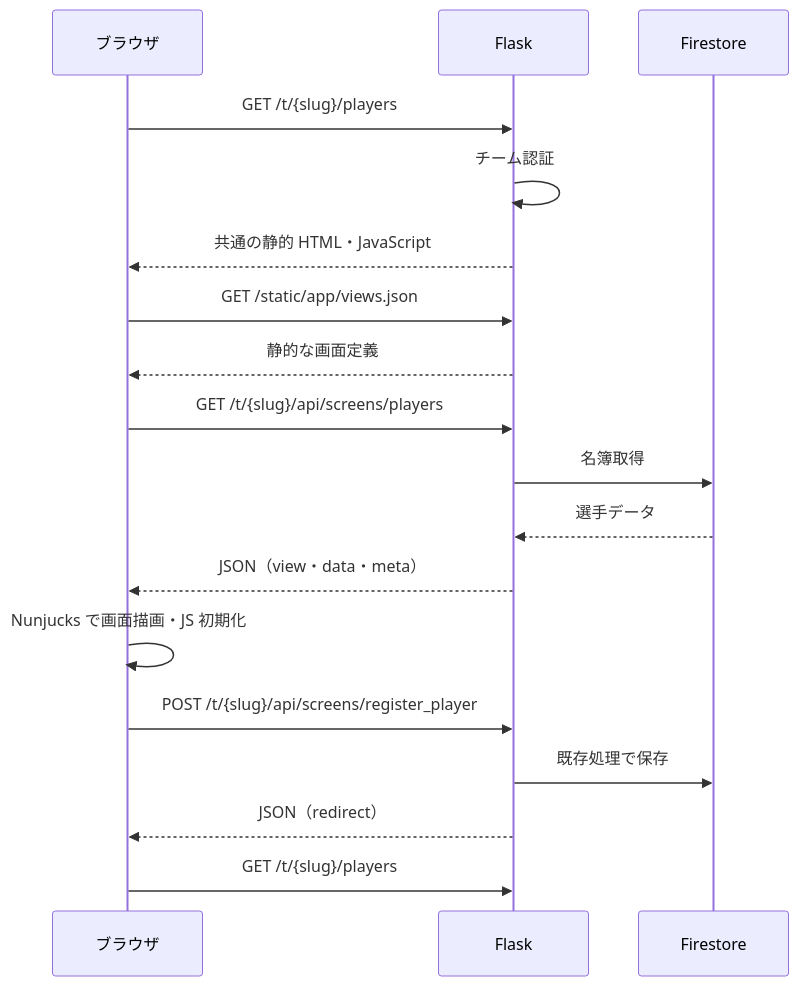
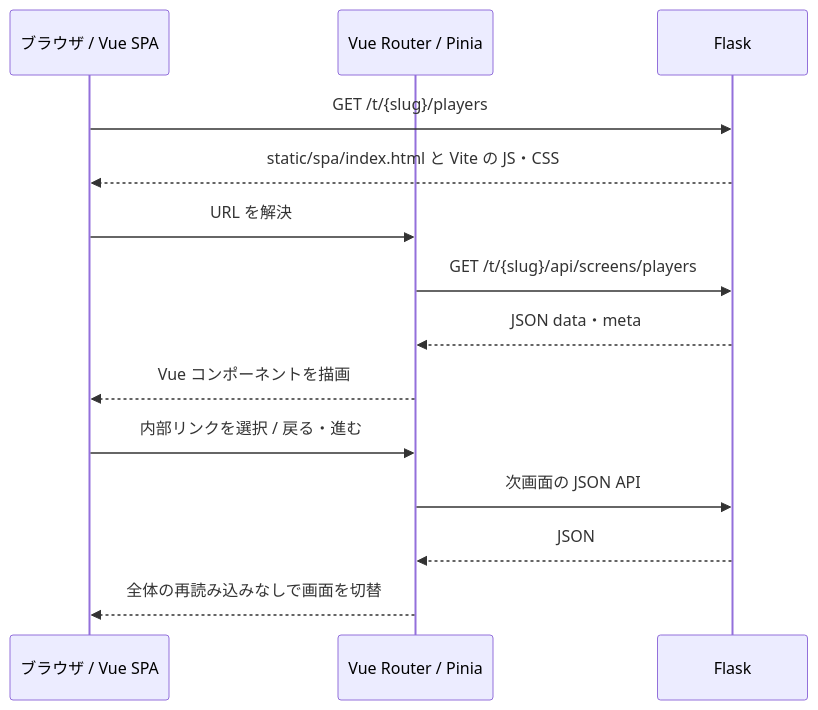
The diagram in 01.doc/design/api-client.md (t-kik0313/basemob-web), drawn with Mermaid before and after one commit. The commit also changed other lines of this file and 134 other files, not shown here.

````diff
--- a/01.doc/design/api-client.md
+++ b/01.doc/design/api-client.md
@@ -9,20 +9,16 @@
 ```mermaid
 sequenceDiagram
-    participant B as ブラウザ
+    participant B as ブラウザ / Vue SPA
+    participant R as Vue Router / Pinia
     participant F as Flask
-    participant D as Firestore
     B->>F: GET /t/{slug}/players
-    F->>F: チーム認証
-    F-->>B: 共通の静的 HTML・JavaScript
-    B->>F: GET /static/app/views.json
-    F-->>B: 静的な画面定義
-    B->>F: GET /t/{slug}/api/screens/players
-    F->>D: 名簿取得
-    D-->>F: 選手データ
-    F-->>B: JSON（view・data・meta）
-    B->>B: Nunjucks で画面描画・JS 初期化
-    B->>F: POST /t/{slug}/api/screens/register_player
-    F->>D: 既存処理で保存
-    F-->>B: JSON（redirect）
-    B->>F: GET /t/{slug}/players
+    F-->>B: static/spa/index.html と Vite の JS・CSS
+    B->>R: URL を解決
+    R->>F: GET /t/{slug}/api/screens/players
+    F-->>R: JSON data・meta
+    R-->>B: Vue コンポーネントを描画
+    B->>R: 内部リンクを選択 / 戻る・進む
+    R->>F: 次画面の JSON API
+    F-->>R: JSON
+    R-->>B: 全体の再読み込みなしで画面を切替
 ```
````
